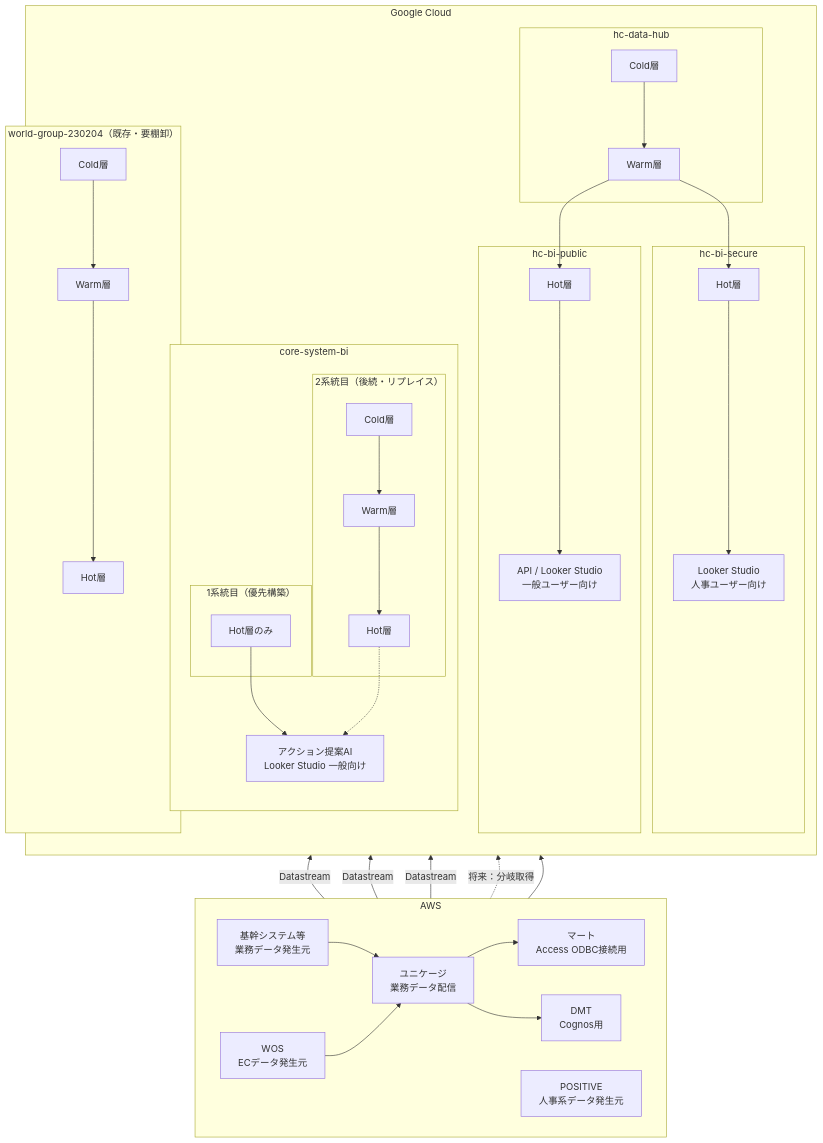
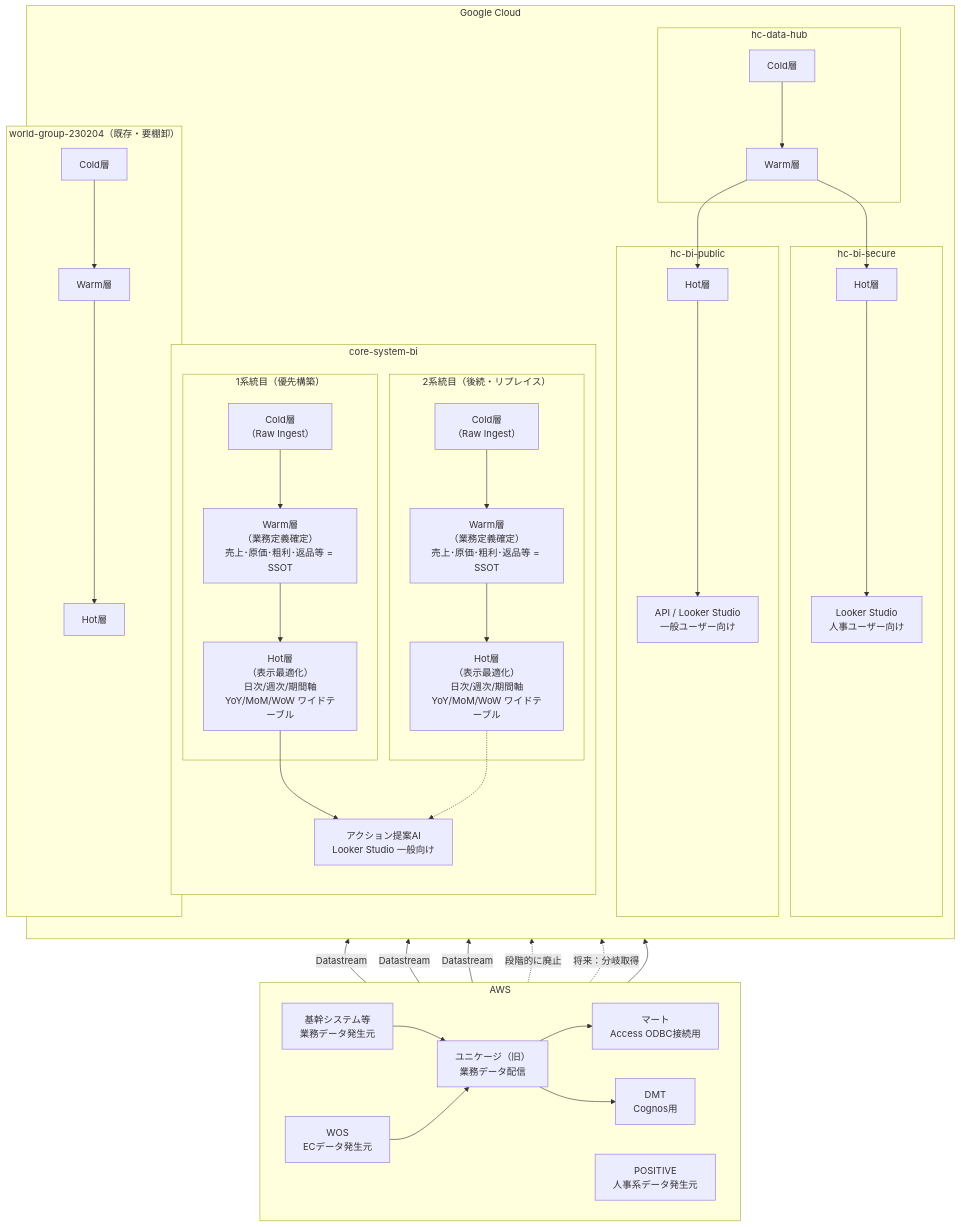
The diagram in README.md (jhasegawa-01100687/bi-diagram), drawn with Mermaid before and after one commit. The commit also changed other lines of this file, not shown here.

First line of the commit message:
docs: merge Phase2 architecture details into main diagram

````diff
--- a/README.md
+++ b/README.md
@@ -3,71 +3,75 @@
 ```mermaid
 flowchart BT
     subgraph AWS["AWS"]
         direction LR
         Core["基幹システム等<br/>業務データ発生元"]
         POSITIVE["POSITIVE<br/>人事系データ発生元"]
-        Unikage["ユニケージ<br/>業務データ配信"]
+        Unikage["ユニケージ（旧）<br/>業務データ配信"]
         Mart["マート<br/>Access ODBC接続用"]
         DMT["DMT<br/>Cognos用"]
         WOS["WOS<br/>ECデータ発生元"]
-        
+
         Core --> Unikage
         Unikage --> Mart
         Unikage --> DMT
     end
 
     subgraph GCP["Google Cloud"]
         direction TB
-        
+
         subgraph hc-data-hub["hc-data-hub"]
             DH_Cold["Cold層"]
             DH_Warm["Warm層"]
             DH_Cold --> DH_Warm
         end
 
         subgraph hc-bi-public["hc-bi-public"]
             PUB_Hot["Hot層"]
             PUB_Out["API / Looker Studio<br/>一般ユーザー向け"]
             PUB_Hot --> PUB_Out
         end
 
         subgraph hc-bi-secure["hc-bi-secure"]
             SEC_Hot["Hot層"]
             SEC_Out["Looker Studio<br/>人事ユーザー向け"]
             SEC_Hot --> SEC_Out
         end
 
         subgraph core-system-bi["core-system-bi"]
             direction TB
             subgraph Stream1["1系統目（優先構築）"]
-                S1_Hot["Hot層のみ"]
+                S1_Cold["Cold層<br/>（Raw Ingest）"]
+                S1_Warm["Warm層<br/>（業務定義確定）<br/>売上･原価･粗利･返品等 = SSOT"]
+                S1_Hot["Hot層<br/>（表示最適化）<br/>日次/週次/期間軸<br/>YoY/MoM/WoW ワイドテーブル"]
+                S1_Cold --> S1_Warm --> S1_Hot
             end
             subgraph Stream2["2系統目（後続・リプレイス）"]
-                S2_Cold["Cold層"]
-                S2_Warm["Warm層"]
-                S2_Hot["Hot層"]
+                S2_Cold["Cold層<br/>（Raw Ingest）"]
+                S2_Warm["Warm層<br/>（業務定義確定）<br/>売上･原価･粗利･返品等 = SSOT"]
+                S2_Hot["Hot層<br/>（表示最適化）<br/>日次/週次/期間軸<br/>YoY/MoM/WoW ワイドテーブル"]
                 S2_Cold --> S2_Warm --> S2_Hot
             end
             CORE_Out["アクション提案AI<br/>Looker Studio 一般向け"]
             S1_Hot --> CORE_Out
             S2_Hot -.-> CORE_Out
         end
 
         subgraph world-group["world-group-230204（既存・要棚卸）"]
             WG_Cold["Cold層"]
             WG_Warm["Warm層"]
             WG_Hot["Hot層"]
             WG_Cold --> WG_Warm --> WG_Hot
         end
     end
 
     %% データフロー（AWS → GCP）
     POSITIVE -->|Datastream| DH_Cold
     DH_Warm --> PUB_Hot
     DH_Warm --> SEC_Hot
-    Mart -->|Datastream| S1_Hot
-    DMT -->|Datastream| S1_Hot
+    Mart -->|Datastream| S1_Cold
+    DMT -->|Datastream| S1_Cold
+    Unikage -.->|段階的に廃止| S1_Cold
     Core -.->|将来：分岐取得| S2_Cold
     WOS --> Unikage
     Unikage --> WG_Cold
 ```
````
